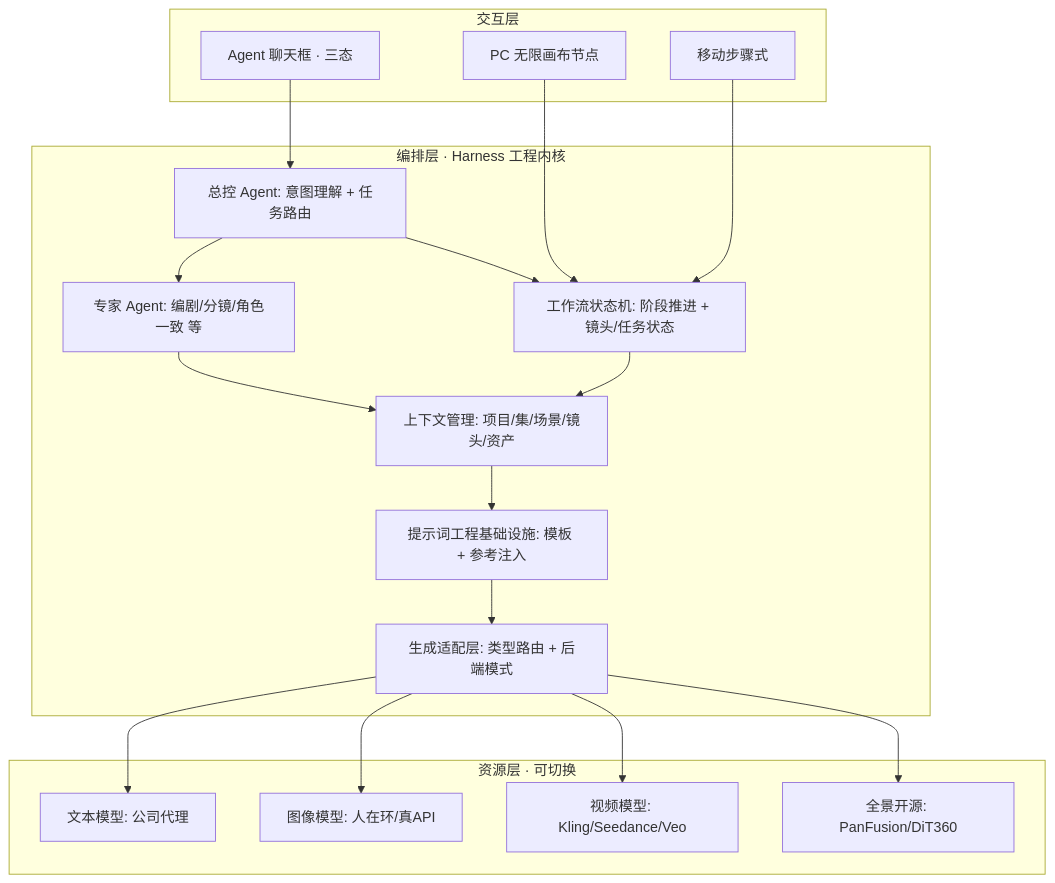
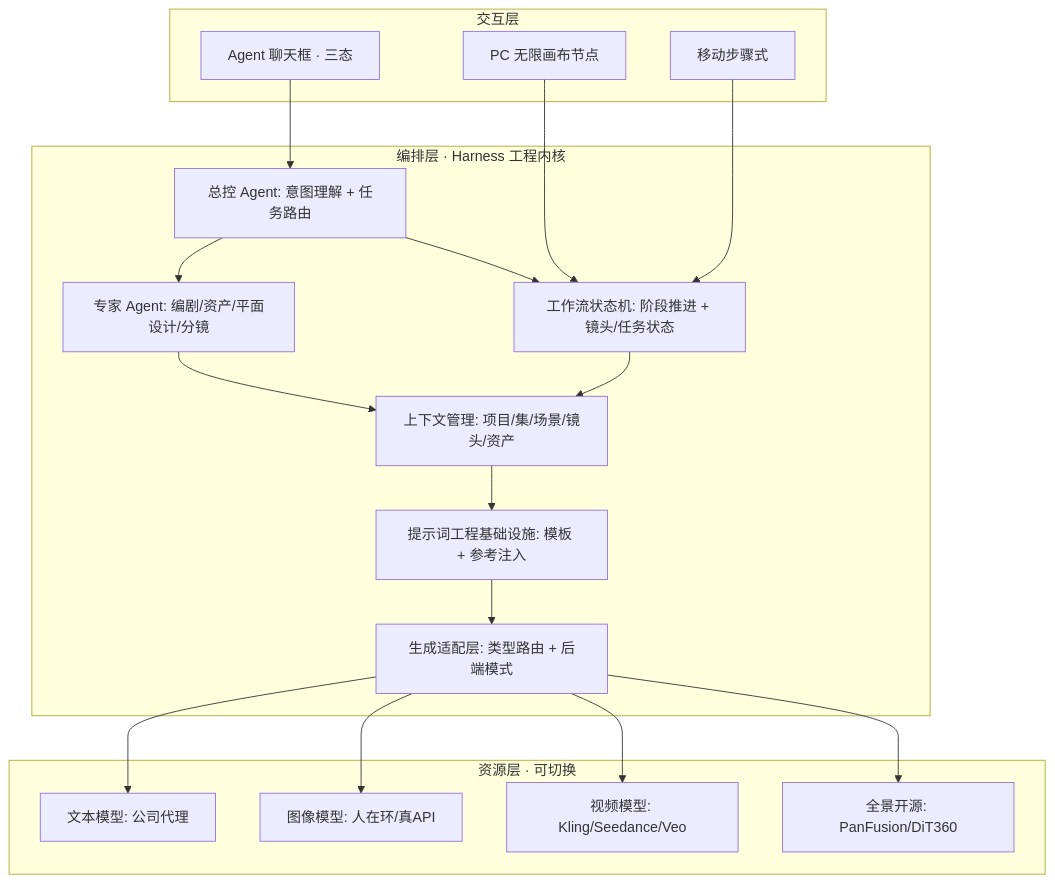
Before and after one commit to helix381/actnow: the diagram in prd/整理后/01-core-prd.md, drawn with Mermaid. The commit also changed 21 other files, not shown here.

````diff
--- a/prd/整理后/01-core-prd.md
+++ b/prd/整理后/01-core-prd.md
@@ -225,35 +225,35 @@
 ```mermaid
 flowchart TD
     subgraph 交互层
         Chat[Agent 聊天框 · 三态]
         Canvas[PC 无限画布节点]
         Step[移动步骤式]
     end
     subgraph 编排层[编排层 · Harness 工程内核]
         Director[总控 Agent: 意图理解 + 任务路由]
-        Experts[专家 Agent: 编剧/分镜/角色一致 等]
+        Experts[专家 Agent: 编剧/资产/平面设计/分镜]
         WF[工作流状态机: 阶段推进 + 镜头/任务状态]
         Ctx[上下文管理: 项目/集/场景/镜头/资产]
         Prompt[提示词工程基础设施: 模板 + 参考注入]
         Adapter[生成适配层: 类型路由 + 后端模式]
     end
     subgraph 资源层[资源层 · 可切换]
         LLM[文本模型: 公司代理]
         Img[图像模型: 人在环/真API]
         Vid[视频模型: Kling/Seedance/Veo]
         Pano[全景开源: PanFusion/DiT360]
     end
     Chat --> Director
     Canvas --> WF
     Step --> WF
     Director --> Experts
     Director --> WF
     Experts --> Ctx
     WF --> Ctx
     Ctx --> Prompt
     Prompt --> Adapter
     Adapter --> LLM
     Adapter --> Img
     Adapter --> Vid
     Adapter --> Pano
 ```
````
